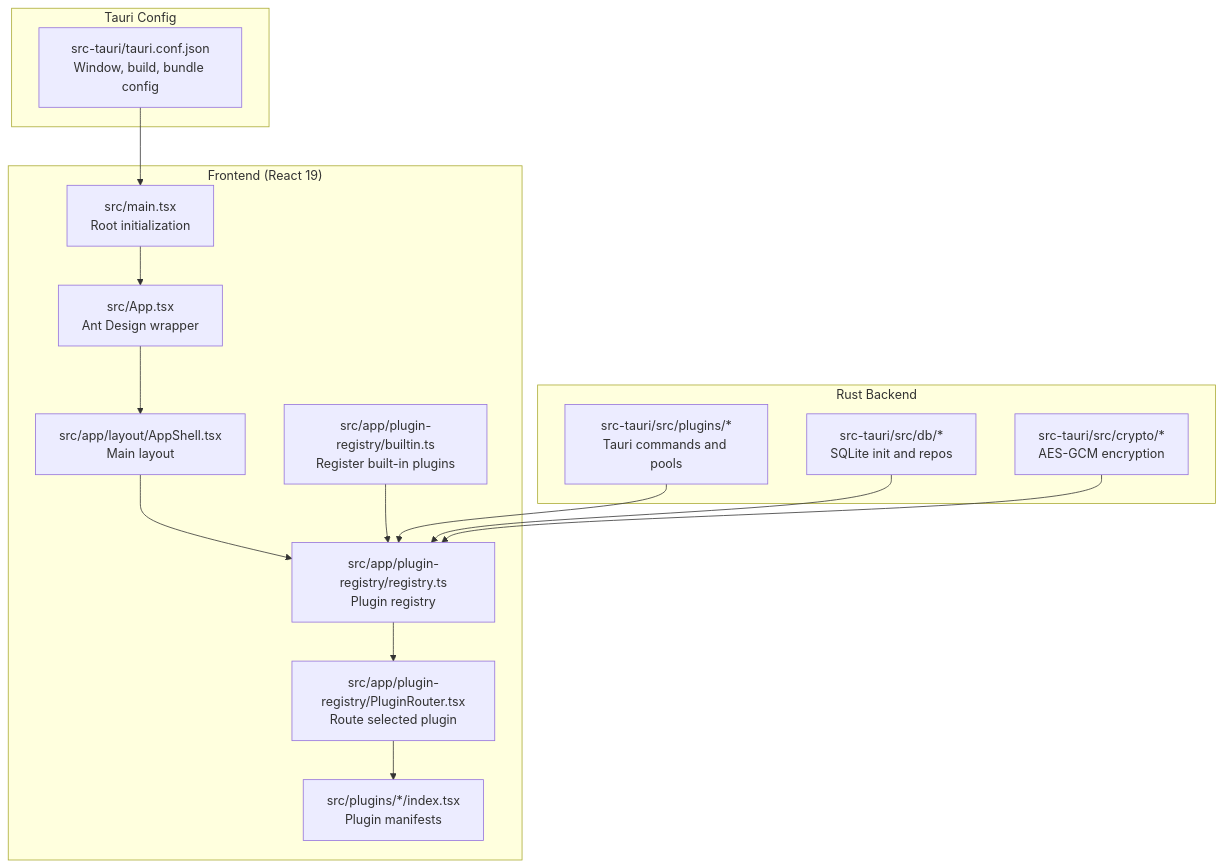
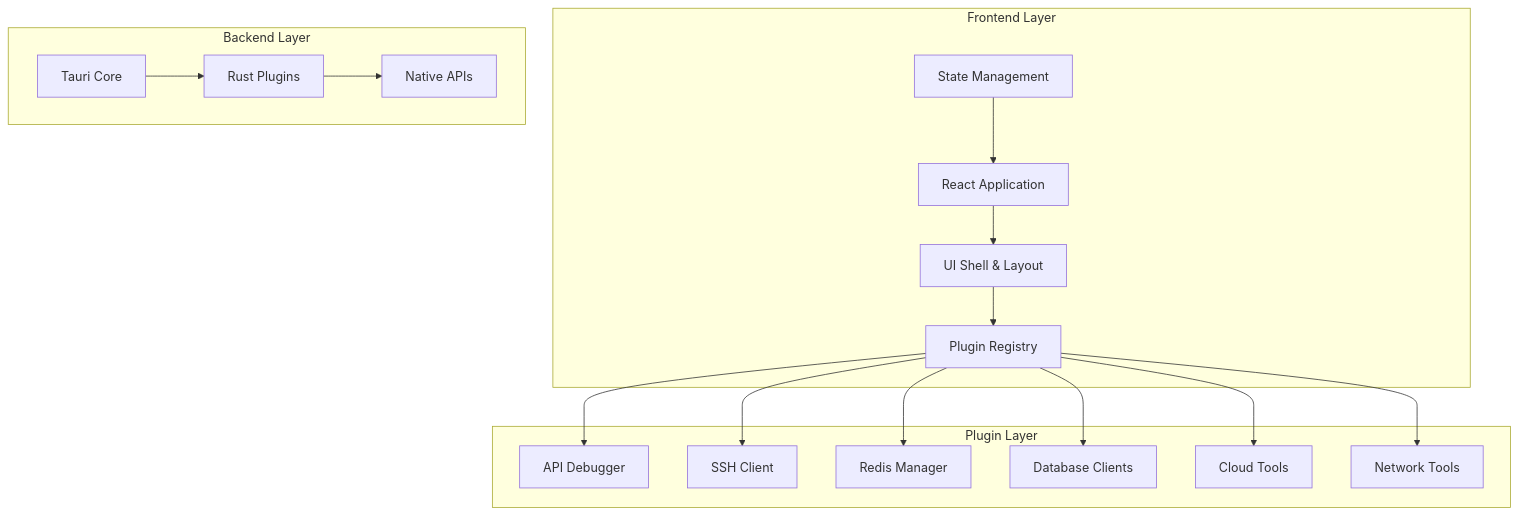
Before and after one commit to DumKing/DevNexus: the first of 7 diagrams in .qoder/repowiki/en/content/Project Overview.md, drawn with Mermaid. The commit also changed other lines of this file and 96 other files, not shown here.

````diff
--- a/.qoder/repowiki/en/content/Project Overview.md
+++ b/.qoder/repowiki/en/content/Project Overview.md
@@ -117,30 +60,33 @@
 ```mermaid
 graph TB
-subgraph "Frontend (React 19)"
-A["src/main.tsx<br/>Root initialization"]
-B["src/App.tsx<br/>Ant Design wrapper"]
-C["src/app/layout/AppShell.tsx<br/>Main layout"]
-D["src/app/plugin-registry/registry.ts<br/>Plugin registry"]
-E["src/app/plugin-registry/PluginRouter.tsx<br/>Route selected plugin"]
-F["src/app/plugin-registry/builtin.ts<br/>Register built-in plugins"]
-G["src/plugins/*/index.tsx<br/>Plugin manifests"]
+subgraph "Frontend Layer"
+A[React Application]
+B[UI Shell & Layout]
+C[Plugin Registry]
+D[State Management]
 end
-subgraph "Tauri Config"
-H["src-tauri/tauri.conf.json<br/>Window, build, bundle config"]
+subgraph "Plugin Layer"
+E[API Debugger]
+F[SSH Client]
+G[Redis Manager]
+H[Database Clients]
+I[Cloud Tools]
+J[Network Tools]
 end
-subgraph "Rust Backend"
-I["src-tauri/src/plugins/*<br/>Tauri commands and pools"]
-J["src-tauri/src/db/*<br/>SQLite init and repos"]
-K["src-tauri/src/crypto/*<br/>AES-GCM encryption"]
+subgraph "Backend Layer"
+K[Tauri Core]
+L[Rust Plugins]
+M[Native APIs]
 end
 A --> B
 B --> C
-C --> D
-D --> E
-F --> D
-E --> G
-H --> A
-I --> D
-J --> D
-K --> D
+C --> E
+C --> F
+C --> G
+C --> H
+C --> I
+C --> J
+D --> A
+K --> L
+L --> M
 ```
````
